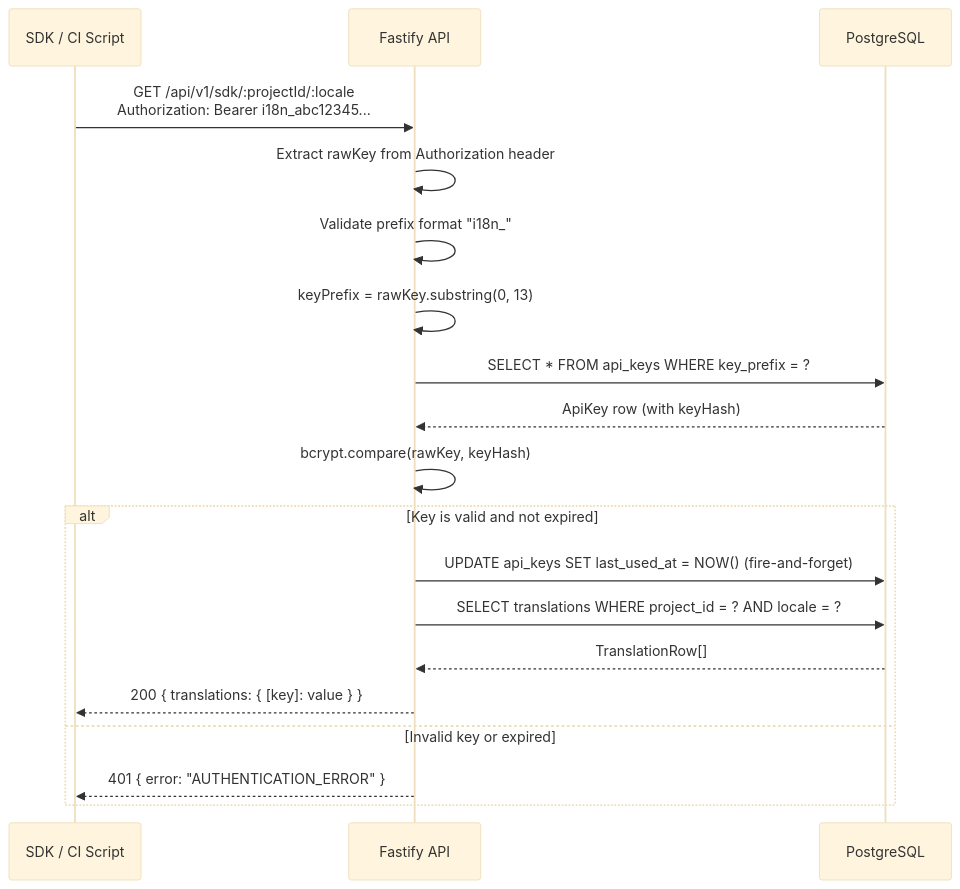
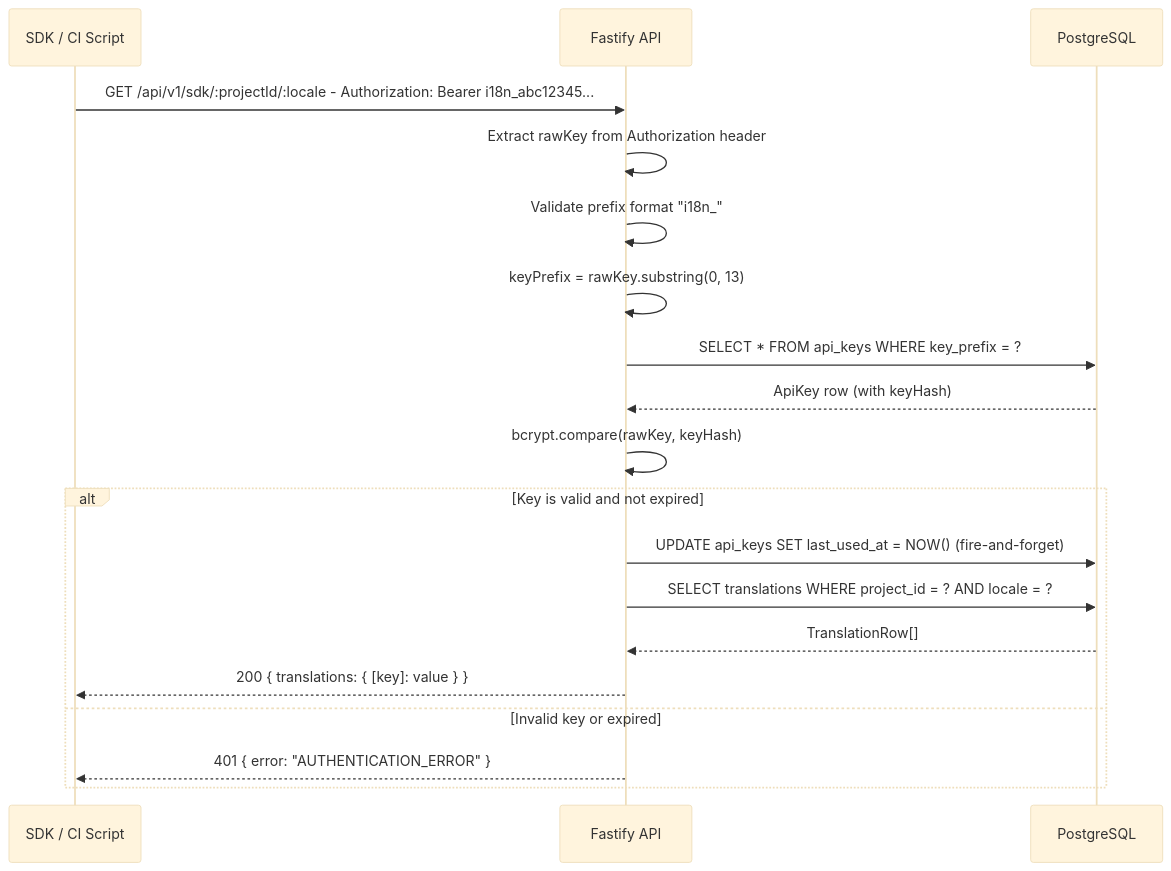
Before and after one commit to ayush-jadaun/i18n: the fifth of 7 diagrams in docs/LLD.md, drawn with Mermaid (base theme). The commit also changed other lines of this file and 1 other file, not shown here.

Commit message:
fix: repair Mermaid diagrams in HLD and LLD for GitHub rendering

````diff
--- a/docs/LLD.md
+++ b/docs/LLD.md
@@ -603,23 +603,23 @@
 ```mermaid
 sequenceDiagram
     participant SDK as SDK / CI Script
     participant API as Fastify API
     participant DB as PostgreSQL
 
-    SDK->>API: GET /api/v1/sdk/:projectId/:locale<br/>Authorization: Bearer i18n_abc12345...
+    SDK->>API: GET /api/v1/sdk/:projectId/:locale - Authorization: Bearer i18n_abc12345...
 
     API->>API: Extract rawKey from Authorization header
     API->>API: Validate prefix format "i18n_"
     API->>API: keyPrefix = rawKey.substring(0, 13)
     API->>DB: SELECT * FROM api_keys WHERE key_prefix = ?
     DB-->>API: ApiKey row (with keyHash)
     API->>API: bcrypt.compare(rawKey, keyHash)
     alt Key is valid and not expired
         API->>DB: UPDATE api_keys SET last_used_at = NOW() (fire-and-forget)
         API->>DB: SELECT translations WHERE project_id = ? AND locale = ?
         DB-->>API: TranslationRow[]
         API-->>SDK: 200 { translations: { [key]: value } }
     else Invalid key or expired
         API-->>SDK: 401 { error: "AUTHENTICATION_ERROR" }
     end
 ```
````
